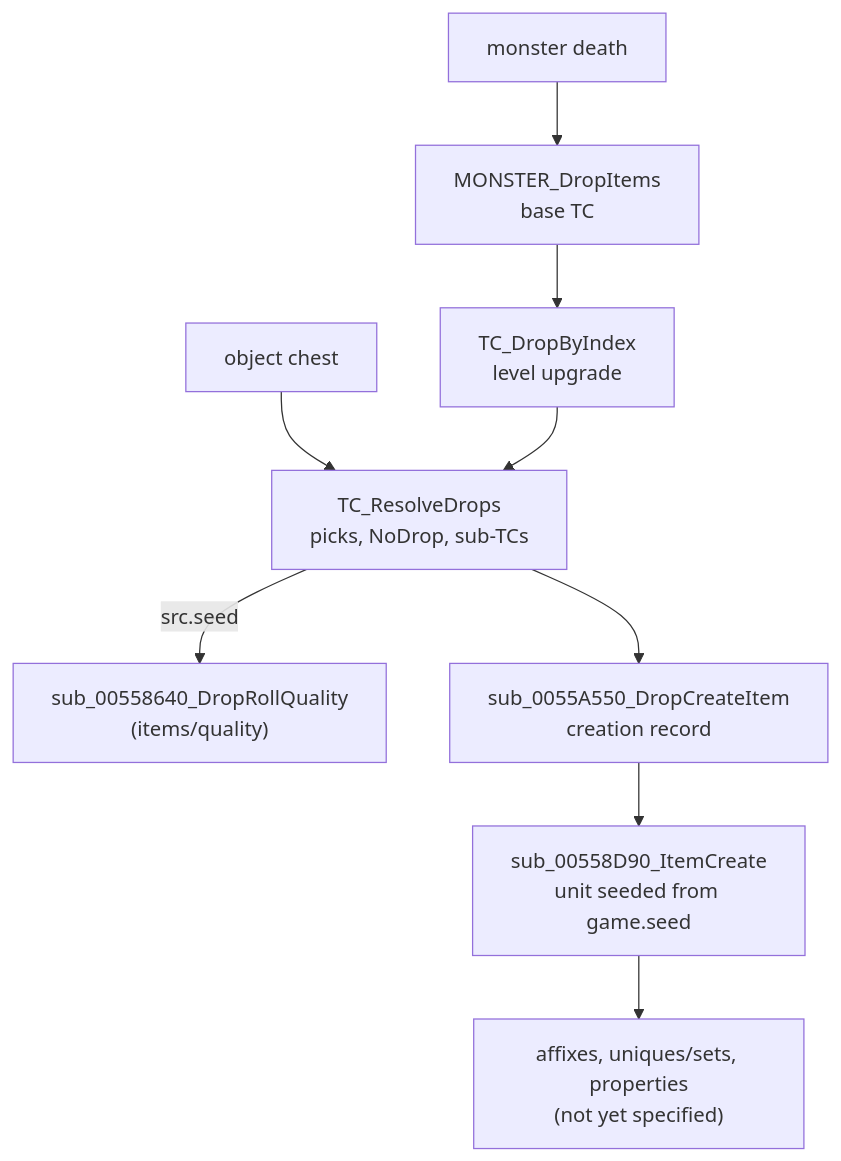
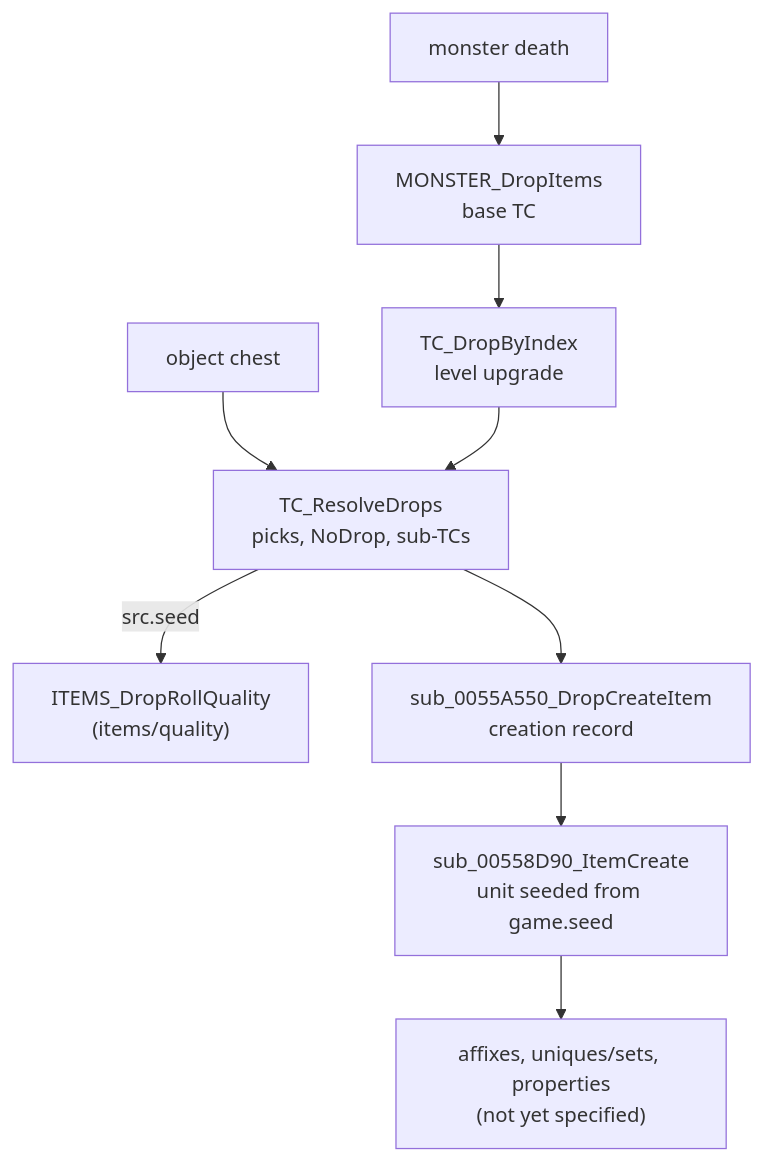
Before and after one commit to IgorKonovalov/diablo-2-recompilation: the diagram in docs/specs/items/README.md, drawn with Mermaid. The commit also changed other lines of this file and 17 other files, not shown here.

Commit message:
chore: rename sub_00558640_DropRollQuality to ITEMS_DropRollQuality (owner decision, plan 0010 F2)

````diff
--- a/docs/specs/items/README.md
+++ b/docs/specs/items/README.md
@@ -31,11 +31,11 @@
 ```mermaid
 flowchart TD
   death["monster death"] --> MD["MONSTER_DropItems<br/>base TC"]
   chest["object chest"] --> R
   MD --> UP["TC_DropByIndex<br/>level upgrade"]
   UP --> R["TC_ResolveDrops<br/>picks, NoDrop, sub-TCs"]
-  R -->|"src.seed"| Q["sub_00558640_DropRollQuality<br/>(items/quality)"]
+  R -->|"src.seed"| Q["ITEMS_DropRollQuality<br/>(items/quality)"]
   R --> C["sub_0055A550_DropCreateItem<br/>creation record"]
   C --> IC["sub_00558D90_ItemCreate<br/>unit seeded from game.seed"]
   IC --> later["affixes, uniques/sets, properties<br/>(not yet specified)"]
 ```
````
